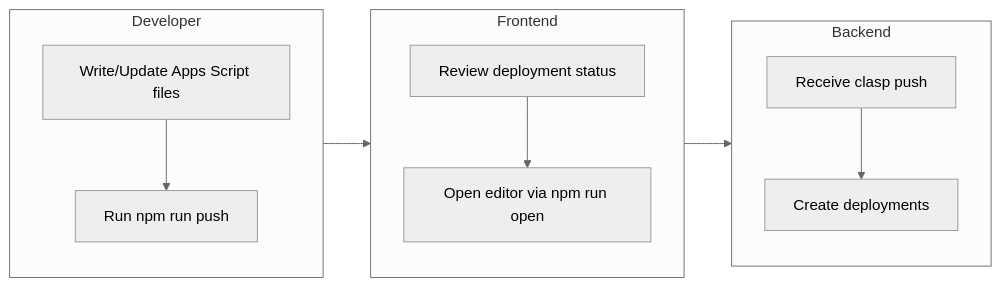
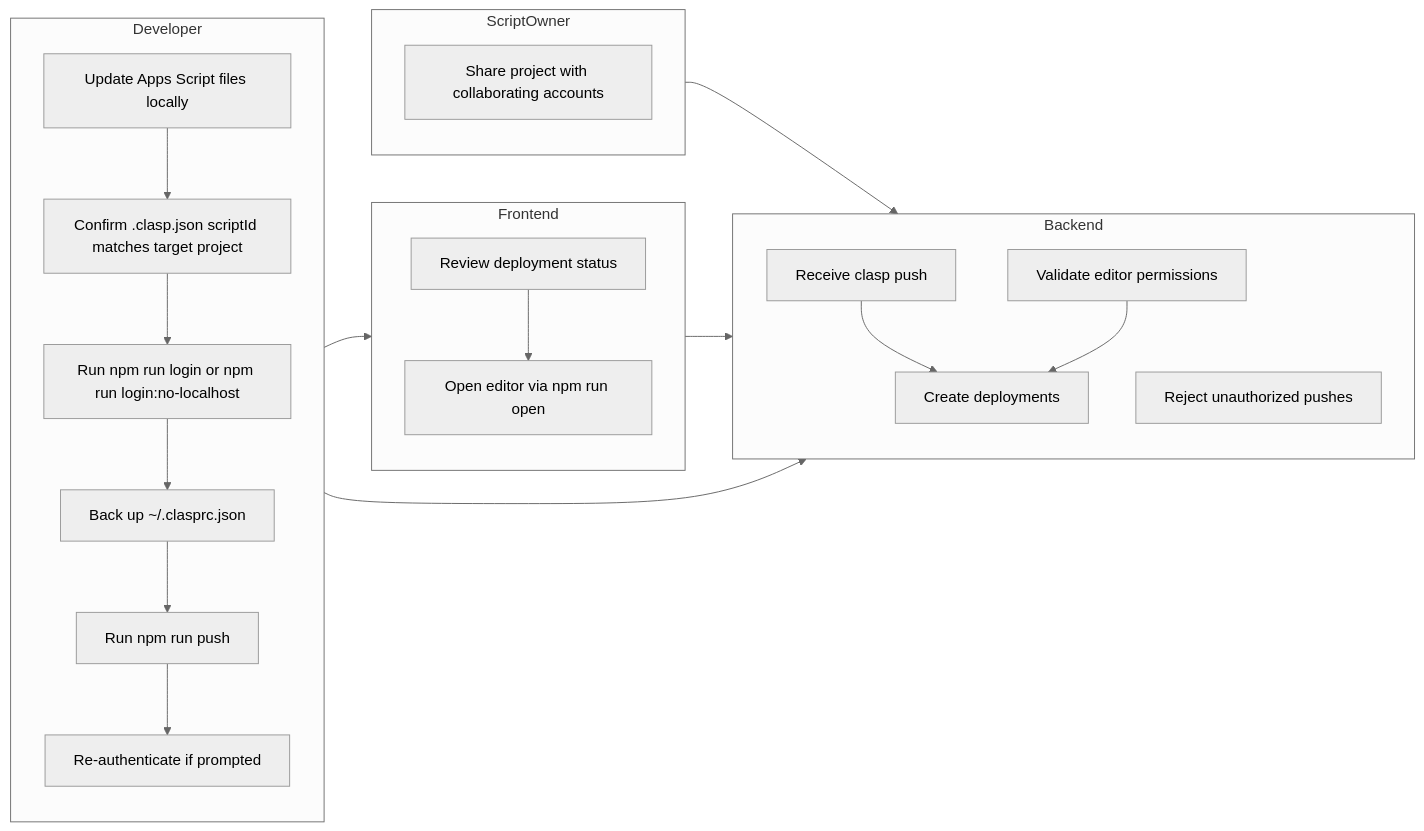
The fifth of 5 diagrams in README.md (muyueh/hello-claps), drawn with Mermaid (neutral theme) before and after one commit. The commit also changed other lines of this file and 2 other files, not shown here.

Commit message:
docs: document clasp credential persistence

````diff
--- a/README.md
+++ b/README.md
@@ -47,19 +94,32 @@
 ```mermaid
 flowchart LR
   subgraph Developer
     direction TB
-    A1[Write/Update Apps Script files]
-    A2[Run npm run push]
+    A1[Update Apps Script files locally]
+    A2[Confirm .clasp.json scriptId matches target project]
+    A3[Run npm run login or npm run login:no-localhost]
+    A4[Back up ~/.clasprc.json]
+    A5[Run npm run push]
+    A6[Re-authenticate if prompted]
   end
   subgraph Frontend
     direction TB
     B1[Review deployment status]
     B2[Open editor via npm run open]
   end
   subgraph Backend
     direction TB
     C1[Receive clasp push]
-    C2[Create deployments]
+    C2[Validate editor permissions]
+    C3[Create deployments]
+    C4[Reject unauthorized pushes]
   end
-  A1 --> A2 --> B1 --> B2 --> C1 --> C2
+  subgraph ScriptOwner
+    direction TB
+    D1[Share project with collaborating accounts]
+  end
+  A1 --> A2 --> A3 --> A4 --> A5 --> B1 --> B2 --> C1 --> C3
+  A5 --> A6 --> C4
+  D1 --> C2
+  C2 --> C3
 ```
````
